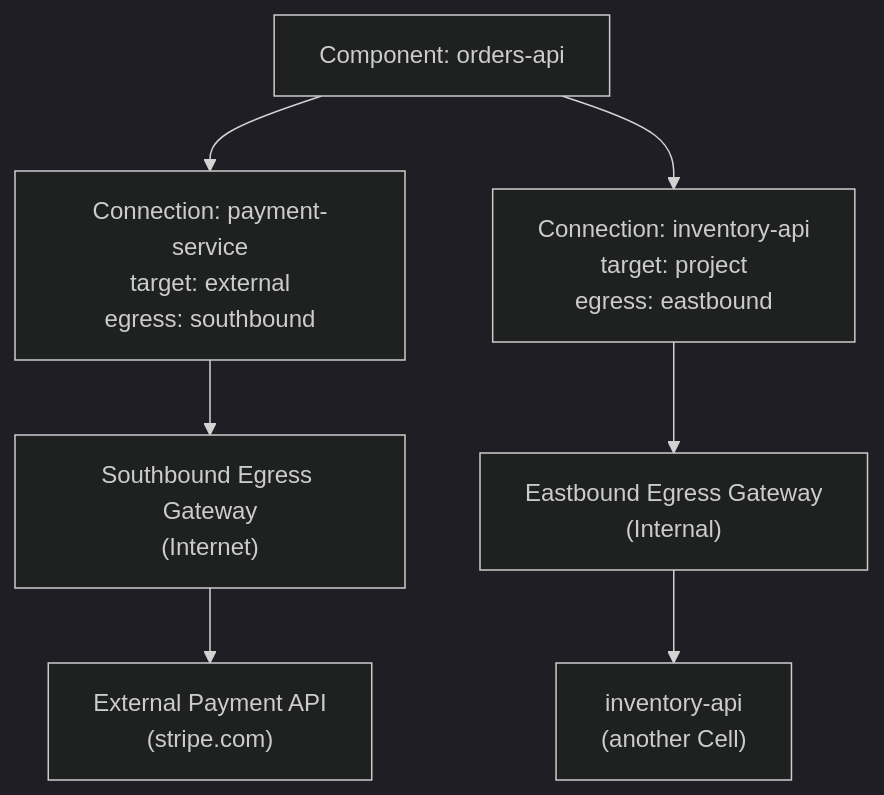
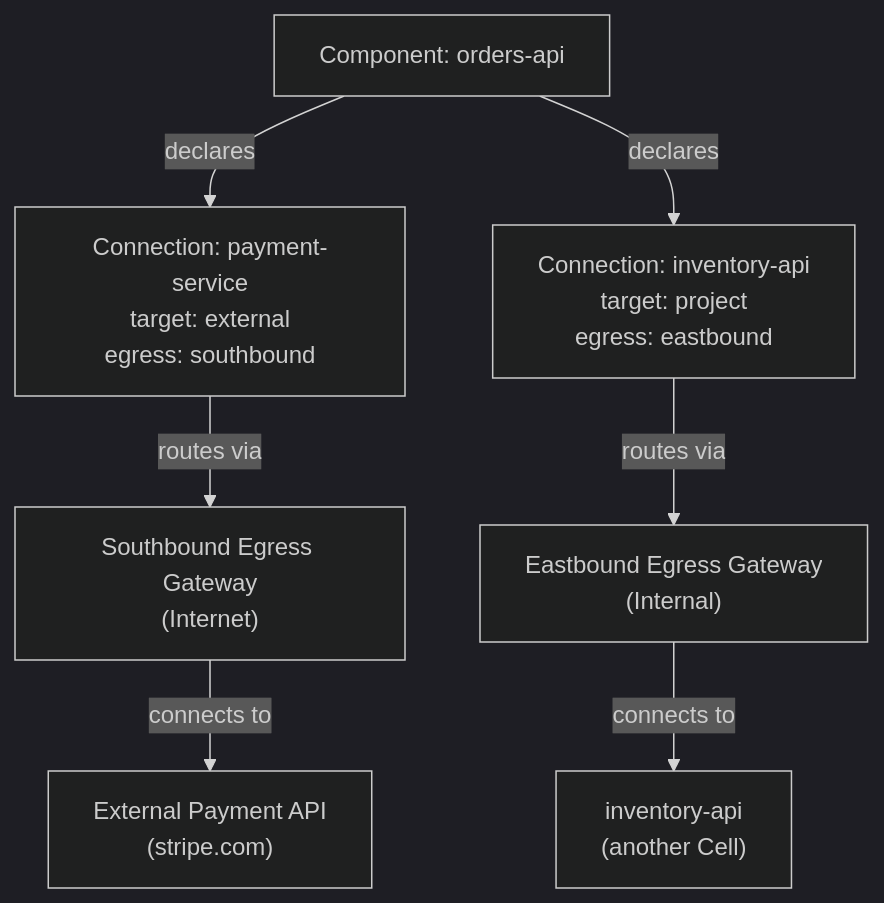
One commit to openchoreo/openchoreo changed the tenth of 12 diagrams in docs/deepwiki/Platform-Abstractions.md. Above: the diagram before and after it, drawn with Mermaid (dark theme). The commit also changed other lines of this file and 85 other files, not shown here.

Commit message:
feat: Add new workflow and specification templates, update Helm chart dependencies, and clarify documentation diagrams.

````diff
--- a/docs/deepwiki/Platform-Abstractions.md
+++ b/docs/deepwiki/Platform-Abstractions.md
@@ -495,18 +495,18 @@
 ```mermaid
 flowchart TD
 
 Comp["Component: orders-api"]
 Conn1["Connection: payment-service<br>target: external<br>egress: southbound"]
 Conn2["Connection: inventory-api<br>target: project<br>egress: eastbound"]
 SouthGW["Southbound Egress Gateway<br>(Internet)"]
 EastGW["Eastbound Egress Gateway<br>(Internal)"]
 External["External Payment API<br>(stripe.com)"]
 OtherProject["inventory-api<br>(another Cell)"]
 
-Comp --> Conn1
-Comp --> Conn2
-Conn1 --> SouthGW
-Conn2 --> EastGW
-SouthGW --> External
-EastGW --> OtherProject
+Comp -->|"declares"| Conn1
+Comp -->|"declares"| Conn2
+Conn1 -->|"routes via"| SouthGW
+Conn2 -->|"routes via"| EastGW
+SouthGW -->|"connects to"| External
+EastGW -->|"connects to"| OtherProject
 ```
````
